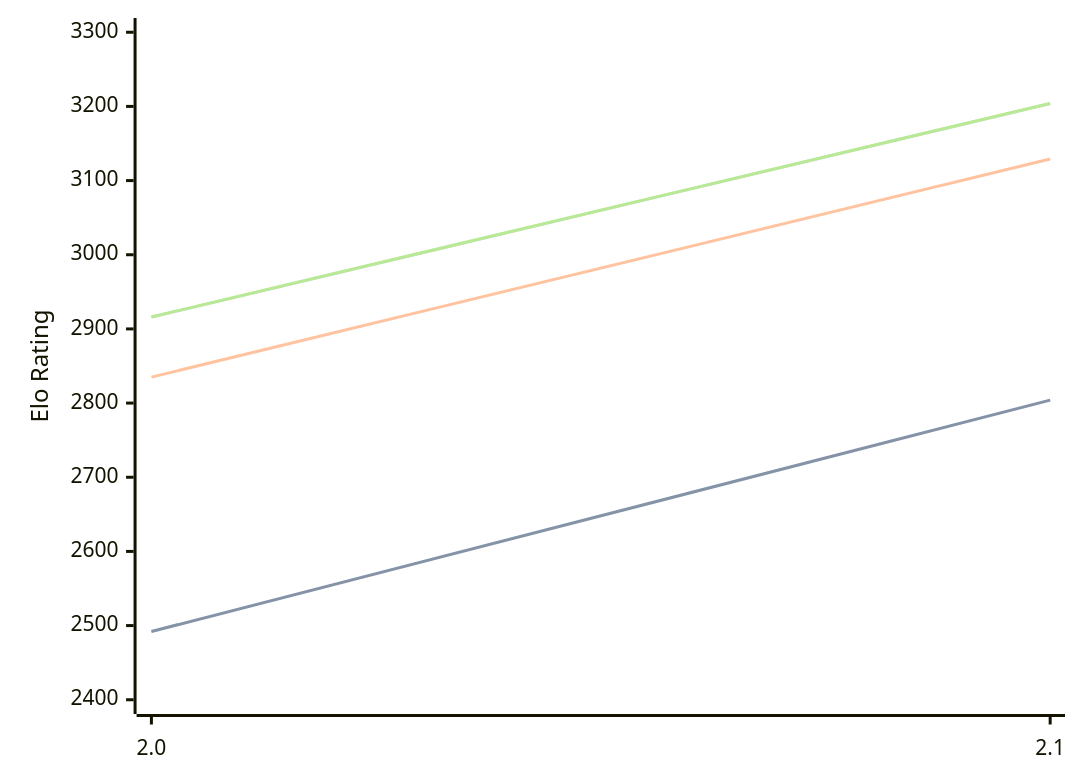
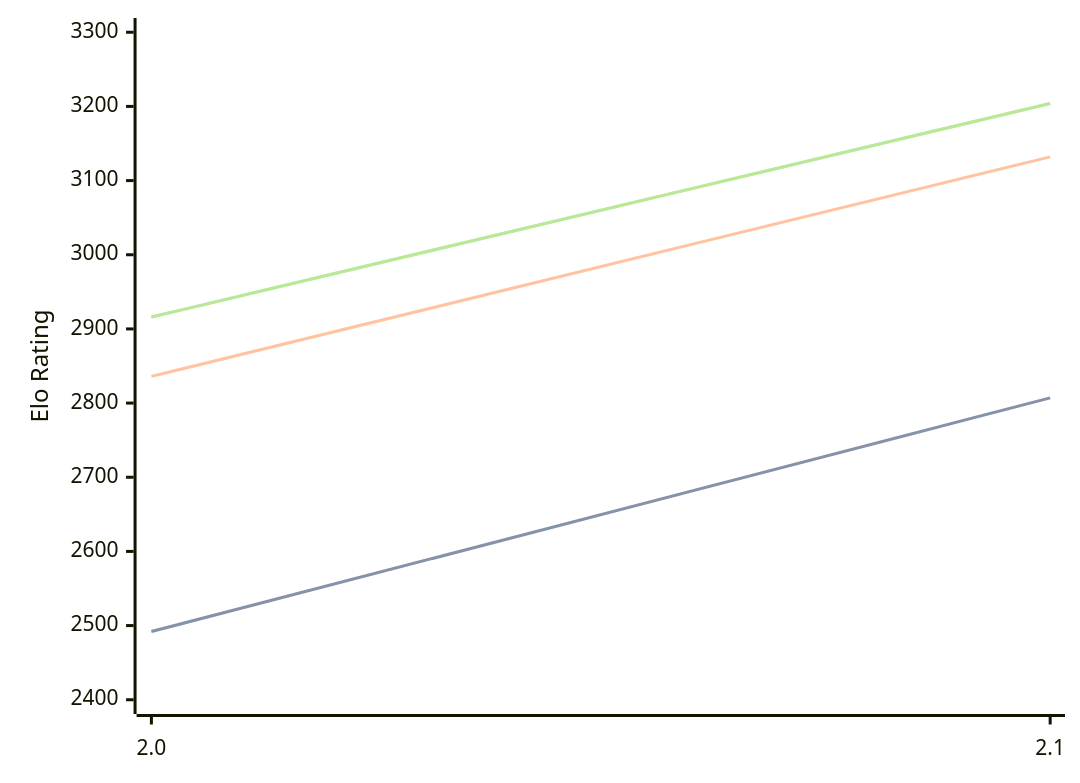
The diagram in engines/Tunguska.md (computer-chess-index/cci), drawn with Mermaid before and after one commit. The commit also changed other lines of this file, not shown here.

````diff
--- a/engines/Tunguska.md
+++ b/engines/Tunguska.md
@@ -32,11 +32,11 @@
 ```mermaid
 %%{init: {"theme":"base","themeVariables":{"seriesColors:['#a3a3a3','#222221','#faa371']}}}%%
 xychart-beta
   x-axis ["2.0", "2.1"]
   y-axis "Elo Rating" 2400 --> 3300
-  line "STC (8.0+0.08s)" [2492, 2804]
-  line "STC (8.0+0.08s)" [2492, 2804]
-  line "LTC (60.0+0.60s)" [2835, 3129]
+  line "STC (8.0+0.08s)" [2492, 2807]
+  line "STC (8.0+0.08s)" [2492, 2807]
+  line "LTC (60.0+0.60s)" [2836, 3132]
   line "VLTC (2m24s+1.12s)" [2916, 3204]
   line "VLTC (2m24s+1.12s)" [2916, 3204]
 ```
````
